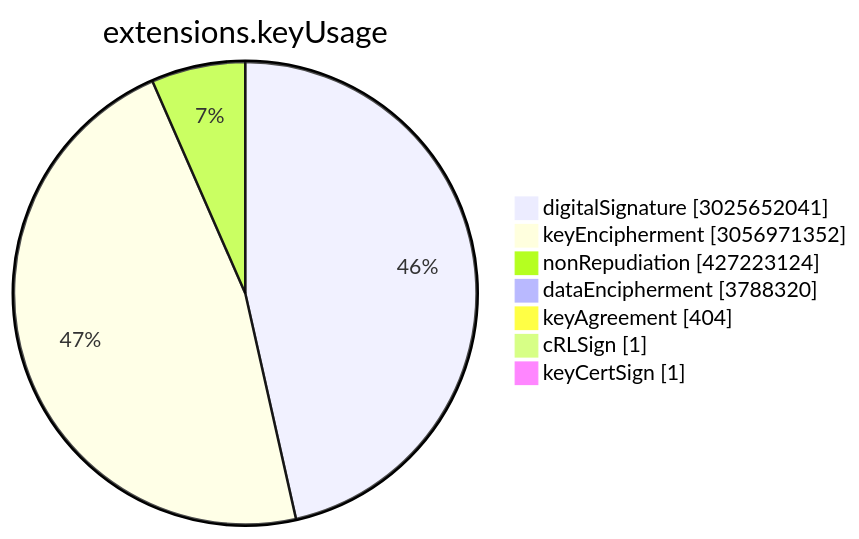
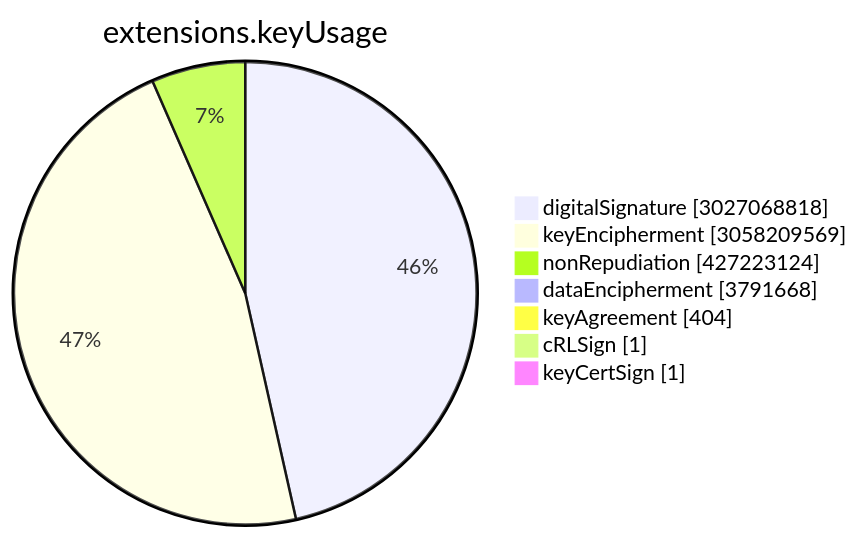
One commit to christiankrug/ctmonitor_visualization changed the sixth of 15 diagrams in TOTAL/README.md. Above: the diagram before and after it, drawn with Mermaid. The commit also changed other lines of this file, not shown here.

````diff
--- a/TOTAL/README.md
+++ b/TOTAL/README.md
@@ -3077,11 +3077,11 @@
 ```mermaid
 pie showData
 title extensions.keyUsage
-"digitalSignature" :3025652041
-"keyEncipherment" :3056971352
+"digitalSignature" :3027068818
+"keyEncipherment" :3058209569
 "nonRepudiation" :427223124
-"dataEncipherment" :3788320
+"dataEncipherment" :3791668
 "keyAgreement" :404
 "cRLSign" :1
 "keyCertSign" :1
 ```
````
